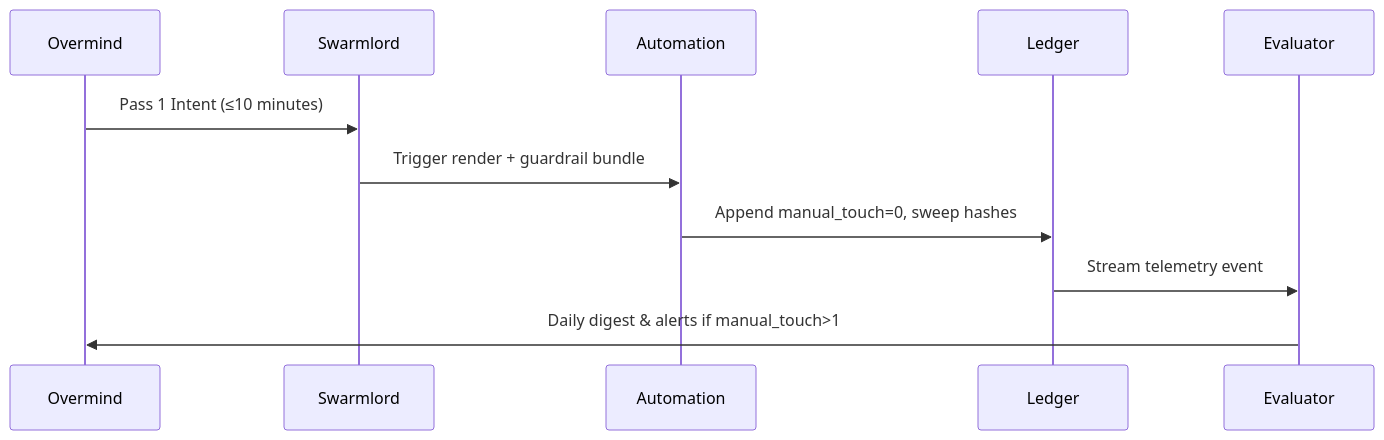
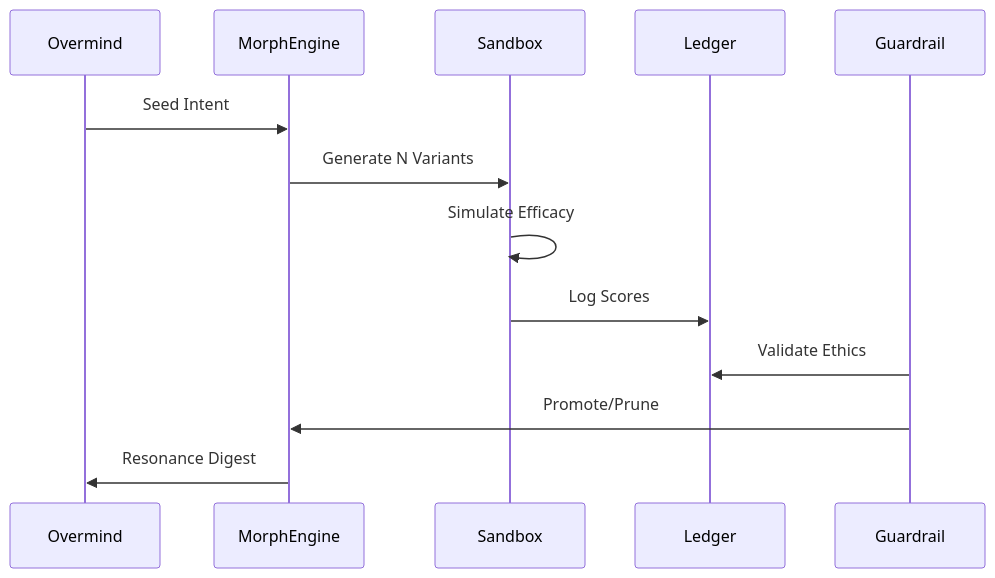
One commit to TTaoGaming/Hive-Fleet-Obsidian-2025 changed the third of 3 diagrams in hfo_gem/gen_6/original_gem.md. Above: the diagram before and after it, drawn with Mermaid. The commit also changed other lines of this file and 23 other files, not shown here.

````diff
--- a/hfo_gem/gen_6/original_gem.md
+++ b/hfo_gem/gen_6/original_gem.md
@@ -54,14 +62,15 @@
 ```mermaid
 sequenceDiagram
     participant Overmind
-    participant Swarmlord
-    participant Automation
+    participant MorphEngine
+    participant Sandbox
     participant Ledger
-    participant Evaluator
-
-    Overmind->>Swarmlord: Pass 1 Intent (≤10 minutes)
-    Swarmlord->>Automation: Trigger render + guardrail bundle
-    Automation->>Ledger: Append manual_touch=0, sweep hashes
-    Ledger->>Evaluator: Stream telemetry event
-    Evaluator->>Overmind: Daily digest & alerts if manual_touch>1
+    participant Guardrail
+    Overmind->>MorphEngine: Seed Intent
+    MorphEngine->>Sandbox: Generate N Variants
+    Sandbox->>Sandbox: Simulate Efficacy
+    Sandbox->>Ledger: Log Scores
+    Guardrail->>Ledger: Validate Ethics
+    Guardrail->>MorphEngine: Promote/Prune
+    MorphEngine->>Overmind: Resonance Digest
 ```
````
